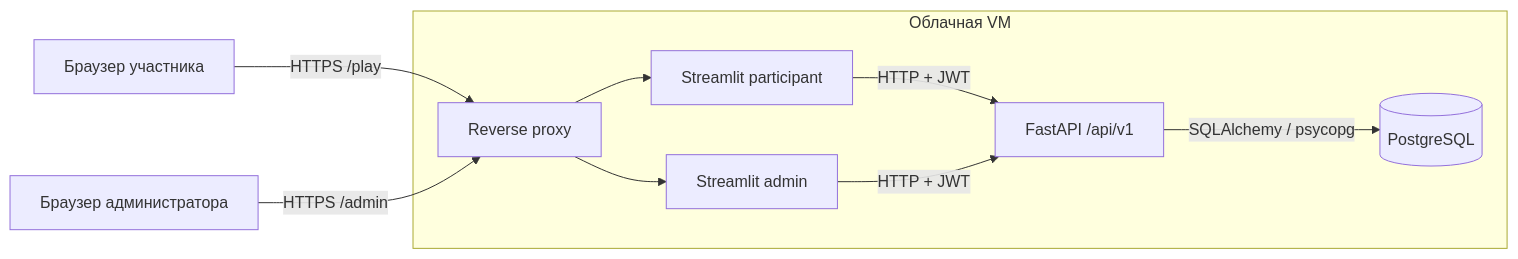
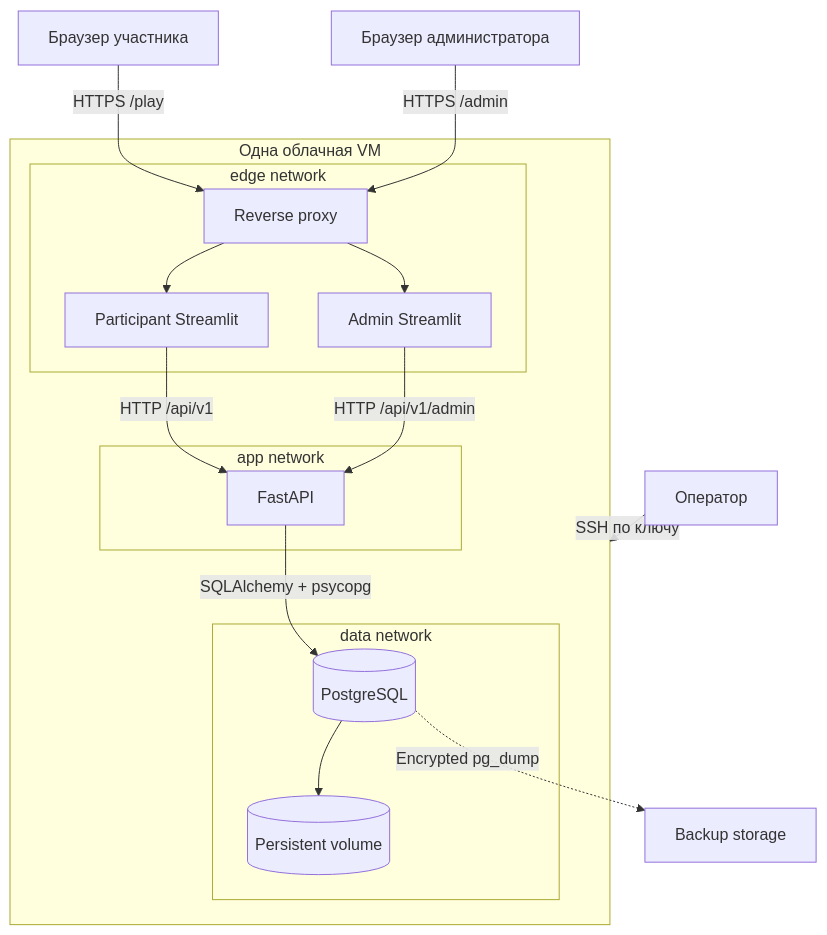
Before and after one commit to BigZet/AMLautosim: the third of 9 diagrams in docs/architecture.md, drawn with Mermaid. The commit also changed other lines of this file and 14 other files, not shown here.

````diff
--- a/docs/architecture.md
+++ b/docs/architecture.md
@@ -53,13 +92,25 @@
 ```mermaid
-flowchart LR
-    browserP["Браузер участника"] -->|"HTTPS /play"| proxy["Reverse proxy"]
-    browserA["Браузер администратора"] -->|"HTTPS /admin"| proxy
+flowchart TB
+    playerBrowser["Браузер участника"] -->|"HTTPS /play"| proxy["Reverse proxy"]
+    adminBrowser["Браузер администратора"] -->|"HTTPS /admin"| proxy
 
-    subgraph vm["Облачная VM"]
-        proxy --> participantUI["Streamlit participant"]
-        proxy --> adminUI["Streamlit admin"]
-        participantUI -->|"HTTP + JWT"| api["FastAPI /api/v1"]
-        adminUI -->|"HTTP + JWT"| api
-        api -->|"SQLAlchemy / psycopg"| db[("PostgreSQL")]
+    subgraph vm["Одна облачная VM"]
+        subgraph edgeNet["edge network"]
+            proxy --> playerUi["Participant Streamlit"]
+            proxy --> adminUi["Admin Streamlit"]
+        end
+
+        subgraph appNet["app network"]
+            playerUi -->|"HTTP /api/v1"| api["FastAPI"]
+            adminUi -->|"HTTP /api/v1/admin"| api
+        end
+
+        subgraph dataNet["data network"]
+            api -->|"SQLAlchemy + psycopg"| pg[("PostgreSQL")]
+            pg --> volume[("Persistent volume")]
+        end
     end
+
+    operator["Оператор"] -->|"SSH по ключу"| vm
+    pg -.->|"Encrypted pg_dump"| backup["Backup storage"]
 ```
````
